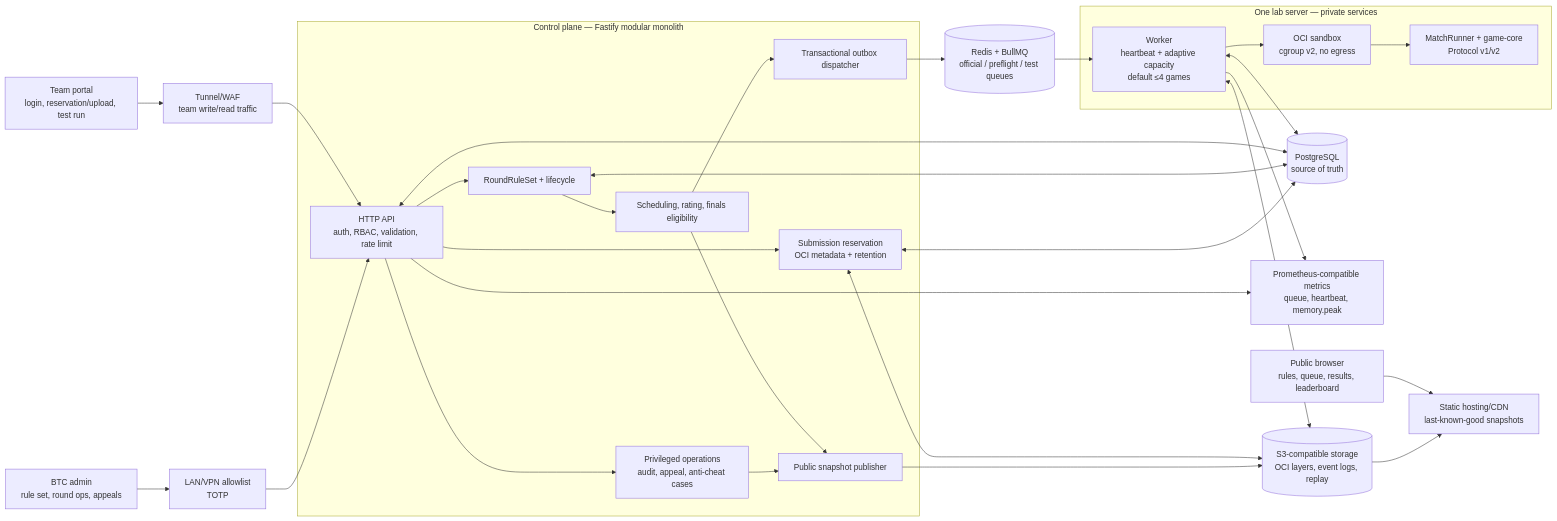
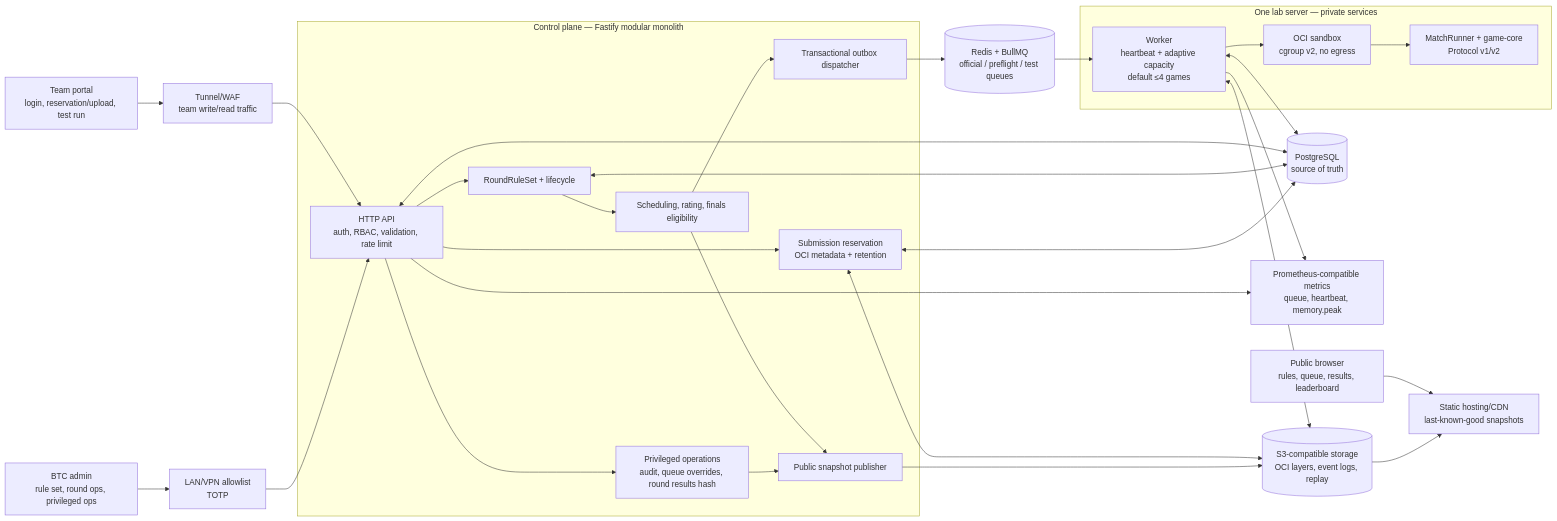
One commit to sock1000kg/dau-giai-ott changed the first of 3 diagrams in docs/architecture/solution-architecture-phase-3.md. Above: the diagram before and after it, drawn with Mermaid. The commit also changed other lines of this file, not shown here.

Commit message:
docs: architecture phase 3 — operations cases removed (P3-D27)

````diff
--- a/docs/architecture/solution-architecture-phase-3.md
+++ b/docs/architecture/solution-architecture-phase-3.md
@@ -48,51 +48,51 @@
 ```mermaid
 flowchart LR
     TEAM["Team portal<br/>login, reservation/upload, test run"] --> EDGE
-    ADMIN["BTC admin<br/>rule set, round ops, appeals"] --> ADMINEDGE
+    ADMIN["BTC admin<br/>rule set, round ops, privileged ops"] --> ADMINEDGE
     PUBLIC["Public browser<br/>rules, queue, results, leaderboard"] --> CDN
 
     EDGE["Tunnel/WAF<br/>team write/read traffic"] --> API
     ADMINEDGE["LAN/VPN allowlist<br/>TOTP"] --> API
     CDN["Static hosting/CDN<br/>last-known-good snapshots"]
 
     subgraph CP["Control plane — Fastify modular monolith"]
         API["HTTP API<br/>auth, RBAC, validation, rate limit"]
         ROUND["RoundRuleSet + lifecycle"]
         SUB["Submission reservation<br/>OCI metadata + retention"]
         SCHED["Scheduling, rating, finals eligibility"]
-        OPS["Privileged operations<br/>audit, appeal, anti-cheat cases"]
+        OPS["Privileged operations<br/>audit, queue overrides, round results hash"]
         SNAP["Public snapshot publisher"]
         OUTBOX["Transactional outbox dispatcher"]
         API --> ROUND
         API --> SUB
         API --> OPS
         ROUND --> SCHED --> OUTBOX
         SCHED --> SNAP
         OPS --> SNAP
     end
 
     DB[("PostgreSQL<br/>source of truth")]
     REDIS[("Redis + BullMQ<br/>official / preflight / test queues")]
     STORE[("S3-compatible storage<br/>OCI layers, event logs, replay")]
     API <--> DB
     ROUND <--> DB
     SUB <--> DB
     SUB <--> STORE
     OUTBOX --> REDIS
     SNAP --> STORE --> CDN
 
     subgraph LAB["One lab server — private services"]
         W1["Worker<br/>heartbeat + adaptive capacity<br/>default ≤4 games"]
         SANDBOX["OCI sandbox<br/>cgroup v2, no egress"]
         RUNNER["MatchRunner + game-core<br/>Protocol v1/v2"]
         W1 --> SANDBOX --> RUNNER
     end
 
     REDIS --> W1
     W1 <--> DB
     W1 <--> STORE
 
     METRICS["Prometheus-compatible metrics<br/>queue, heartbeat, memory.peak"]
     W1 --> METRICS
     API --> METRICS
 ```
````
